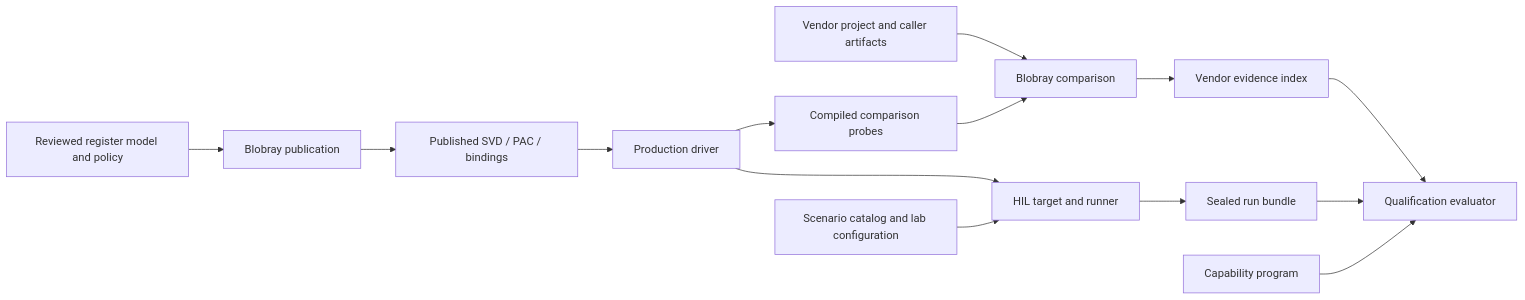
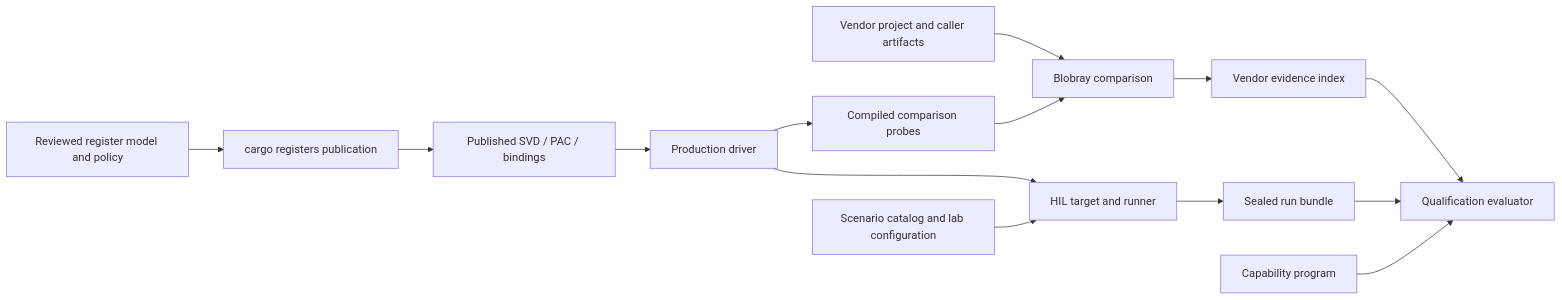
One commit to ermacv/open-esp-radio-rs changed the diagram in docs/architecture.md. Above: the diagram before and after it, drawn with Mermaid. The commit also changed other lines of this file and 35 other files, not shown here.

````diff
--- a/docs/architecture.md
+++ b/docs/architecture.md
@@ -116,16 +119,16 @@
 ```mermaid
 flowchart LR
-    R[Reviewed register model and policy] --> P[Blobray publication]
+    R[Reviewed register model and policy] --> P[cargo registers publication]
     P --> G[Published SVD / PAC / bindings]
     G --> D[Production driver]
     D --> C[Compiled comparison probes]
     V[Vendor project and caller artifacts] --> B[Blobray comparison]
     C --> B
     D --> H[HIL target and runner]
     S[Scenario catalog and lab configuration] --> H
     B --> I[Vendor evidence index]
     H --> U[Sealed run bundle]
     I --> Q[Qualification evaluator]
     U --> Q
     K[Capability program] --> Q
 ```
````
